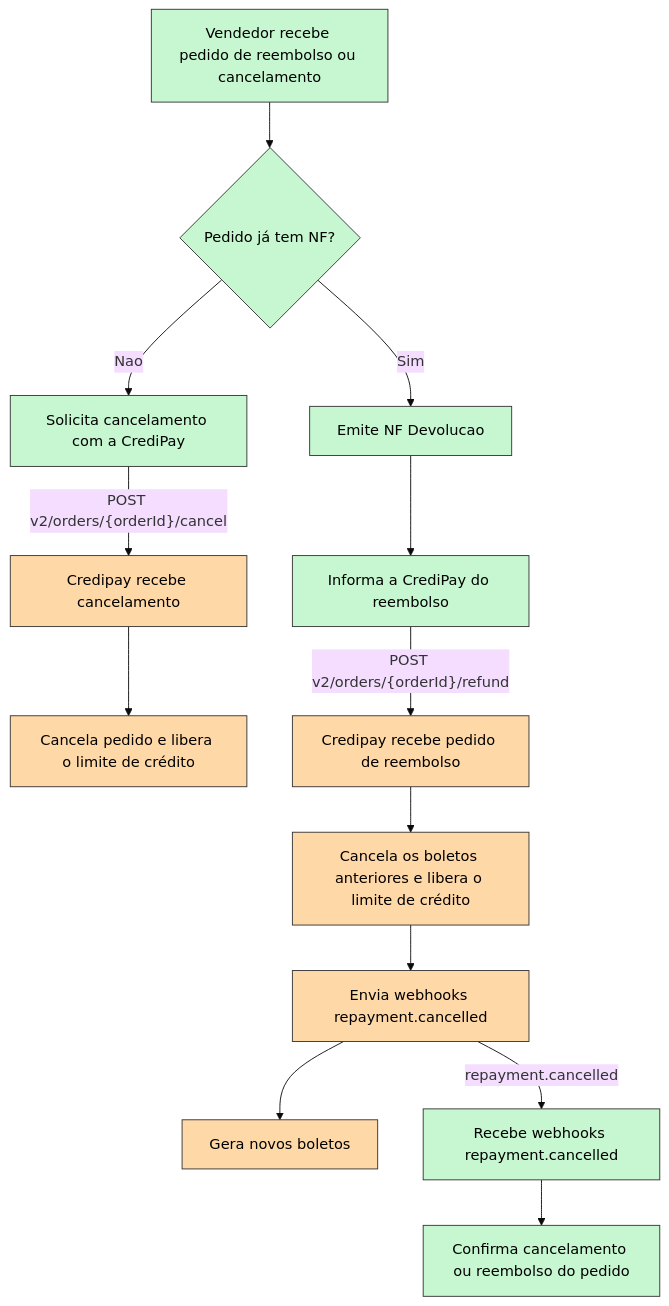
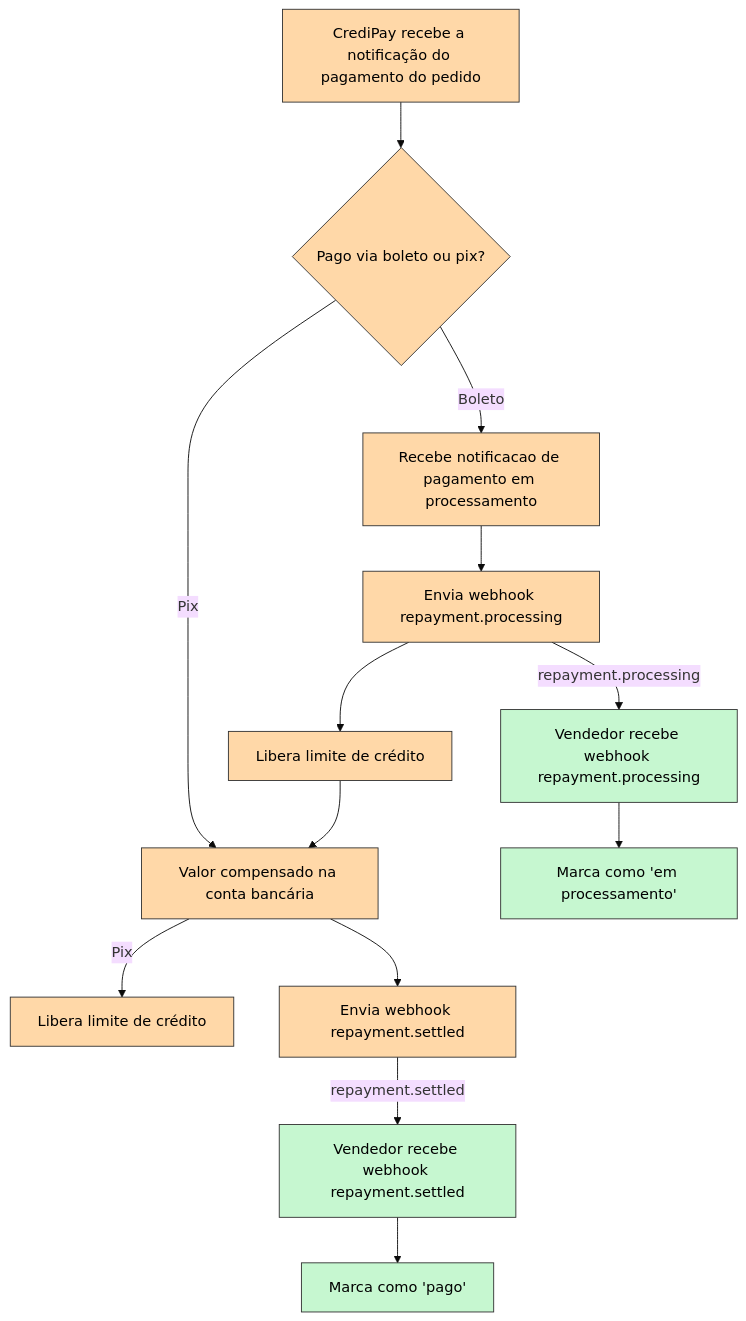
The diagram in docs/INTEGRAÇÃO COMPLETA/módulos-de-integração-1/receber-notificações-de-repagamento.md (credix-finance/credipay-rdme-docs), drawn with Mermaid (base theme) before and after one commit.

Commit message:
Update doc `receber-notificações-de-repagamento`

````diff
--- a/docs/INTEGRAÇÃO COMPLETA/módulos-de-integração-1/receber-notificações-de-repagamento.md
+++ b/docs/INTEGRAÇÃO COMPLETA/módulos-de-integração-1/receber-notificações-de-repagamento.md
@@ -33,34 +33,35 @@
 ```mermaid
 flowchart TD
-    n4["Vendedor recebe pedido de reembolso ou cancelamento"] --> n5{"Pedido já tem NF?"}
-    n5 -- Sim --> n6["Emite NF Devolucao"]
-    n5 -- Nao --> n7["Solicita cancelamento com a CrediPay"]
-    n6 --> n10["Informa a CrediPay do reembolso"]
-    n7 -- POST v2/orders/{orderId}/cancel --> n8["Credipay recebe cancelamento"]
-    n8 --> n9["Cancela pedido e libera o limite de crédito"]
-    n10 -- POST v2/orders/{orderId}/refund --> n11["Credipay recebe pedido de reembolso"]
-    n11 --> n12["Cancela os boletos anteriores e libera o limite de crédito"]
-    n12 --> n13["Envia webhooks repayment.cancelled"]
-    n13 --> n14["Gera novos boletos"]
-    n13 -- "repayment.cancelled" --> n15["Recebe webhooks repayment.cancelled"]
-    n15 --> n17["Confirma cancelamento ou reembolso do pedido"]
+    n4["CrediPay recebe a notificação do pagamento do pedido"] --> n5{"Pago via boleto ou pix?"}
+    n5 -- Boleto --> n6["Recebe notificacao de pagamento em processamento"]
+    n5 -- Pix --> n9["Valor compensado na conta bancária"]
+    n6 --> n7["Envia webhook repayment.processing"]
+    n7 -- "repayment.processing" --> n12["Vendedor recebe webhook repayment.processing"]
+    n7 --> n8["Libera limite de crédito"]
+    n8 --> n9
+    n9 -- Pix --> n11["Libera limite de crédito"]
+    n10["Envia webhook repayment.settled"] -- "repayment.settled" --> n13["Vendedor recebe webhook repayment.settled"]
+    n9 --> n10
+    n12 --> n14@{ label: "Marca como 'em processamento'" }
+    n13 --> n15@{ label: "Marca como 'pago'" }
 
-    n4:::vendedor
-    n5:::vendedor
-    n6:::vendedor
-    n7:::vendedor
-    n10:::vendedor
+    n14@{ shape: rect }
+    n15@{ shape: rect }
+
+    n4:::credipay
+    n5:::credipay
+    n6:::credipay
+    n9:::credipay
+    n7:::credipay
+    n12:::vendedor
     n8:::credipay
-    n9:::credipay
     n11:::credipay
-    n12:::credipay
-    n13:::credipay
-    n14:::credipay
+    n10:::credipay
+    n13:::vendedor
+    n14:::vendedor
     n15:::vendedor
-    n17:::vendedor
 
     classDef vendedor fill:#C6F7D0,stroke:#333,stroke-width:1px,color:#000;
-    classDef comprador fill:#C6F7D0,stroke:#333,stroke-width:1px,color:#000;
     classDef credipay fill:#FFD8A8,stroke:#333,stroke-width:1px,color:#000;
 
 ```
````
